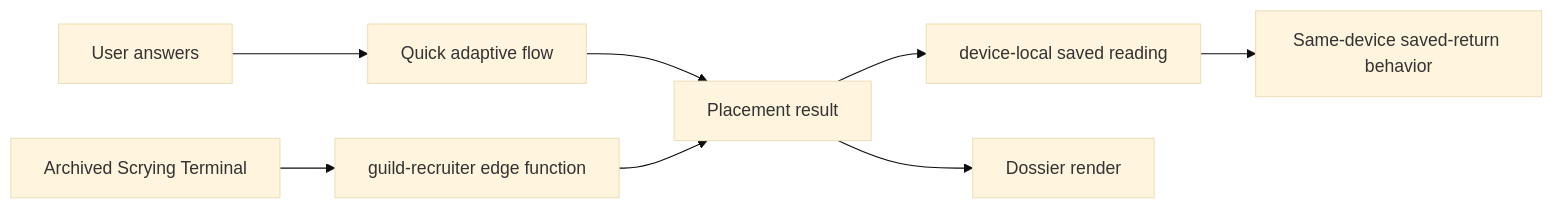
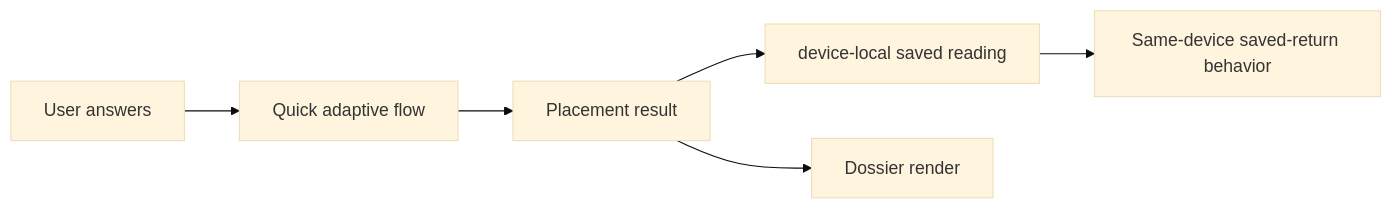
Before and after one commit to rboles84/voxmana.io: the diagram in docs/architecture/data-flow-map.md, drawn with Mermaid (base theme). The commit also changed other lines of this file and 106 other files, not shown here.

````diff
--- a/docs/architecture/data-flow-map.md
+++ b/docs/architecture/data-flow-map.md
@@ -49,10 +48,8 @@
 ```mermaid
 flowchart LR
   User["User answers"] --> Quick["Quick adaptive flow"]
   Quick --> Result["Placement result"]
-  Interview["Archived Scrying Terminal"] --> Edge["guild-recruiter edge function"]
-  Edge --> Result
   Result --> Cache["device-local saved reading"]
   Result --> Dossier["Dossier render"]
   Cache --> Resume["Same-device saved-return behavior"]
 ```
````
